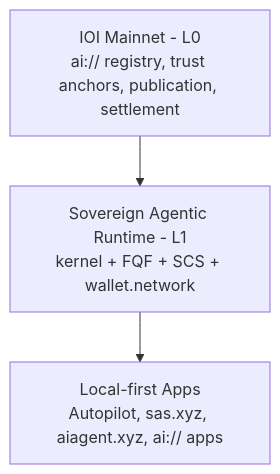
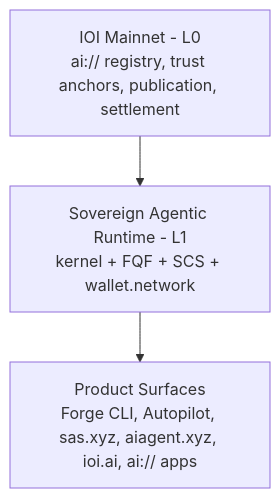
The first of 2 diagrams in README.md (ioi-foundation/ioi), drawn with Mermaid before and after one commit. The commit also changed other lines of this file and 46 other files, not shown here.

````diff
--- a/README.md
+++ b/README.md
@@ -78,9 +81,9 @@
 ```mermaid
 graph TD
     L0[IOI Mainnet - L0<br/>ai:// registry, trust anchors, publication, settlement]
     L1[Sovereign Agentic Runtime - L1<br/>kernel + FQF + SCS + wallet.network]
-    UI[Local-first Apps<br/>Autopilot, sas.xyz, aiagent.xyz, ai:// apps]
+    UI[Product Surfaces<br/>Forge CLI, Autopilot, sas.xyz, aiagent.xyz, ioi.ai, ai:// apps]
 
     L0 --> L1
     L1 --> UI
 ```
````
